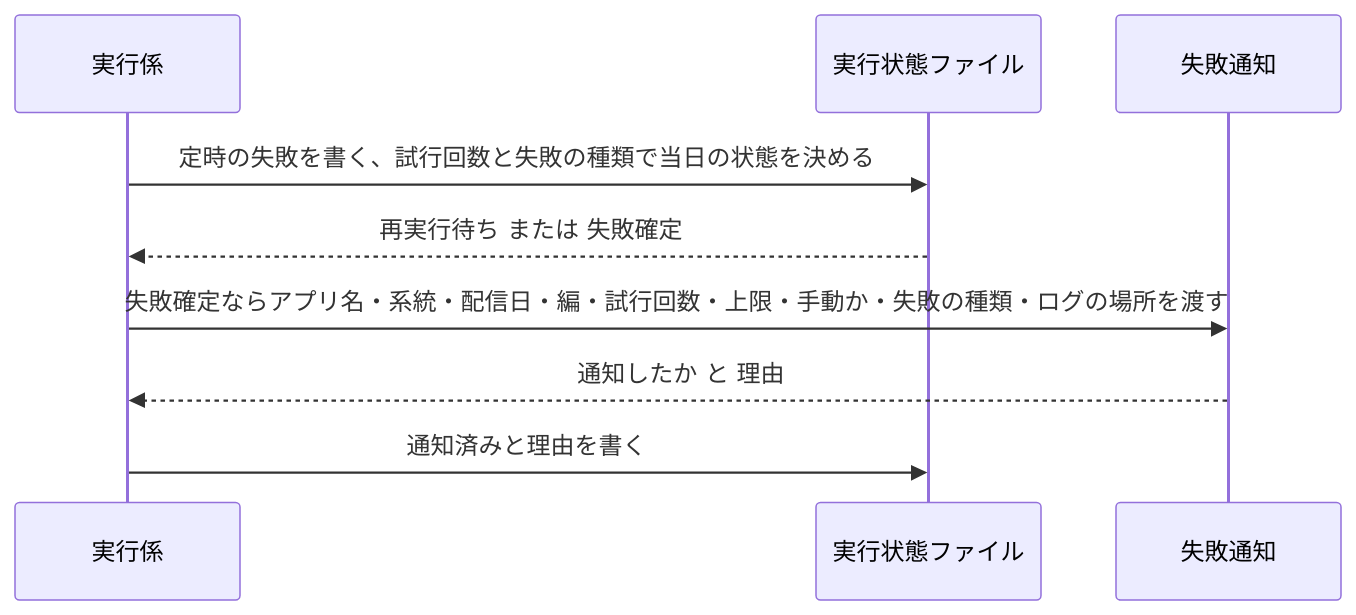
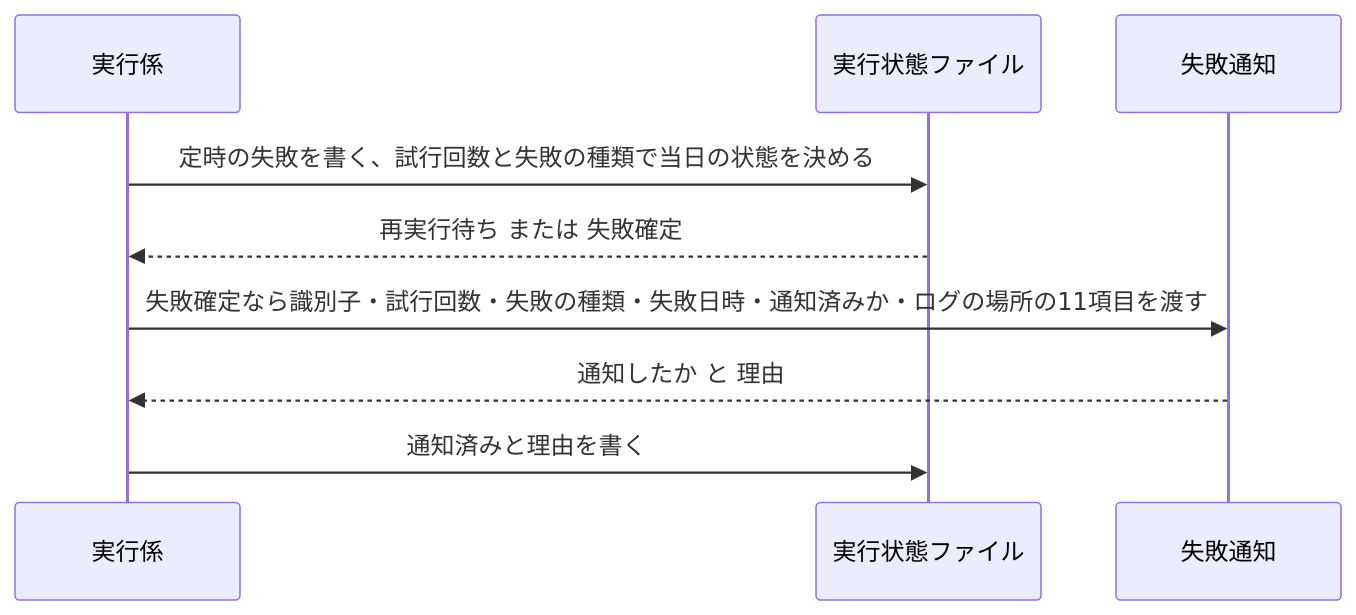
One commit to dnode-ryosuke-yamazaki/study changed the third of 6 diagrams in apps/digest-platform/specs/batch-runner/design.md. Above: the diagram before and after it, drawn with Mermaid. The commit also changed other lines of this file and 7 other files, not shown here.

````diff
--- a/apps/digest-platform/specs/batch-runner/design.md
+++ b/apps/digest-platform/specs/batch-runner/design.md
@@ -123,11 +129,11 @@
 ```mermaid
 sequenceDiagram
     participant R as 実行係
     participant S as 実行状態ファイル
     participant N as 失敗通知
     R->>S: 定時の失敗を書く、試行回数と失敗の種類で当日の状態を決める
     S-->>R: 再実行待ち または 失敗確定
-    R->>N: 失敗確定ならアプリ名・系統・配信日・編・試行回数・上限・手動か・失敗の種類・ログの場所を渡す
+    R->>N: 失敗確定なら識別子・試行回数・失敗の種類・失敗日時・通知済みか・ログの場所の11項目を渡す
     N-->>R: 通知したか と 理由
     R->>S: 通知済みと理由を書く
 ```
````
